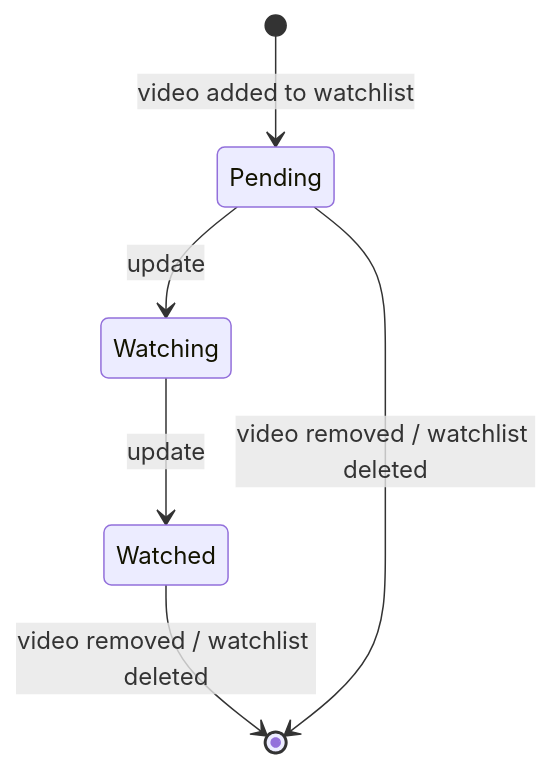
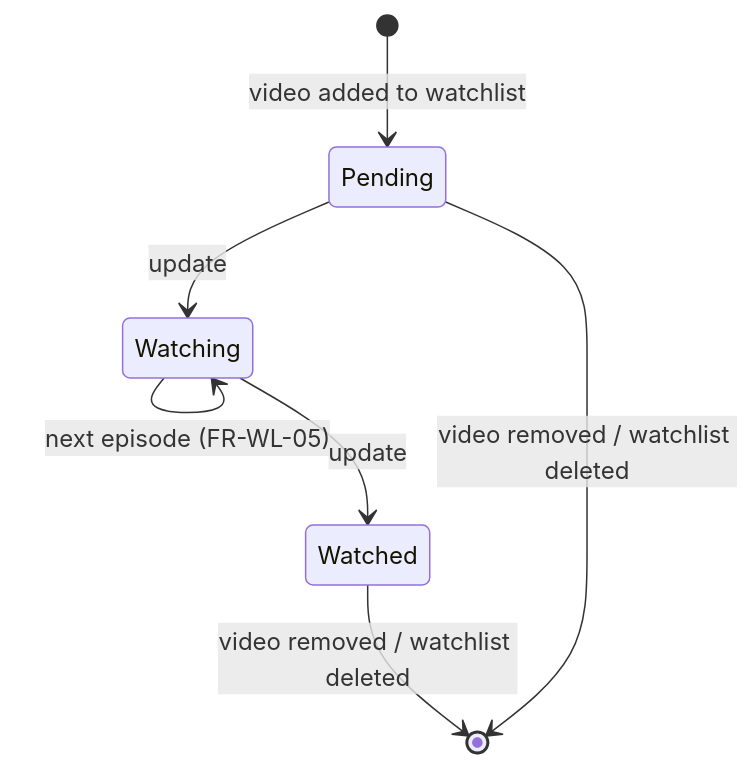
The third of 4 diagrams in docs/requirements/Use Case Specification Document.md (artur-rios/alexandria-api), drawn with Mermaid before and after one commit. The commit also changed other lines of this file and 8 other files, not shown here.

````diff
--- a/docs/requirements/Use Case Specification Document.md
+++ b/docs/requirements/Use Case Specification Document.md
@@ -1292,8 +1298,9 @@
 ```mermaid
 stateDiagram-v2
     [*] --> Pending : video added to watchlist
     Pending --> Watching : update
+    Watching --> Watching : next episode (FR-WL-05)
     Watching --> Watched : update
     Watched --> [*] : video removed / watchlist deleted
     Pending --> [*] : video removed / watchlist deleted
 ```
````
